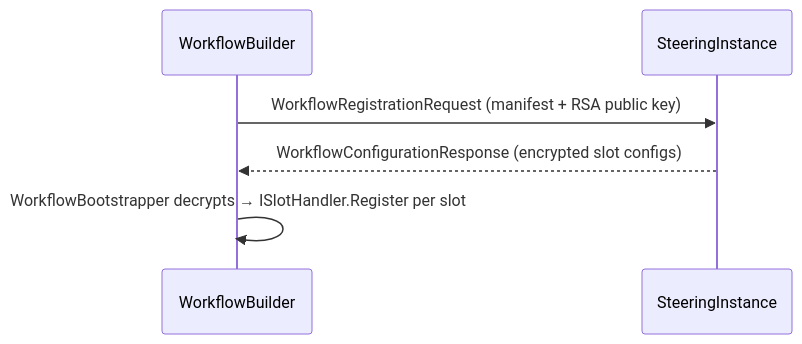
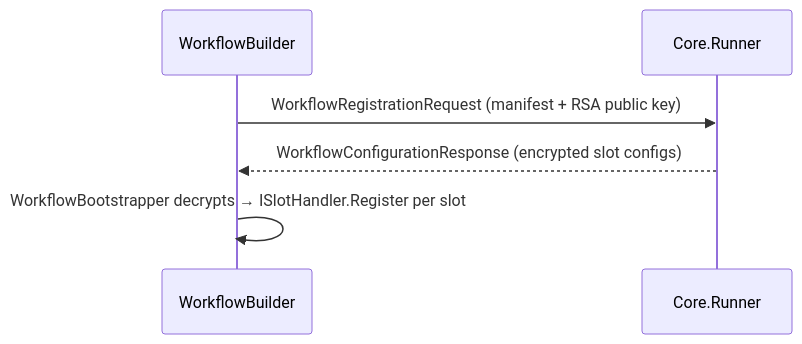
One commit to FelixKlakow/Auxilia changed the diagram in Auxilia.Workflows/Auxilia.Workflows.project-instructions.md. Above: the diagram before and after it, drawn with Mermaid. The commit also changed other lines of this file and 16 other files, not shown here.

````diff
--- a/Auxilia.Workflows/Auxilia.Workflows.project-instructions.md
+++ b/Auxilia.Workflows/Auxilia.Workflows.project-instructions.md
@@ -13,8 +13,8 @@
 ```mermaid
 sequenceDiagram
     participant W as WorkflowBuilder
-    participant SI as SteeringInstance
+    participant SI as Core.Runner
     W->>SI: WorkflowRegistrationRequest (manifest + RSA public key)
     SI-->>W: WorkflowConfigurationResponse (encrypted slot configs)
     W->>W: WorkflowBootstrapper decrypts → ISlotHandler.Register per slot
 ```
````
